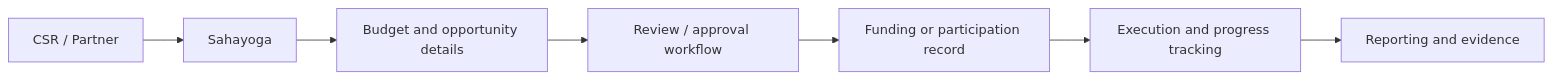
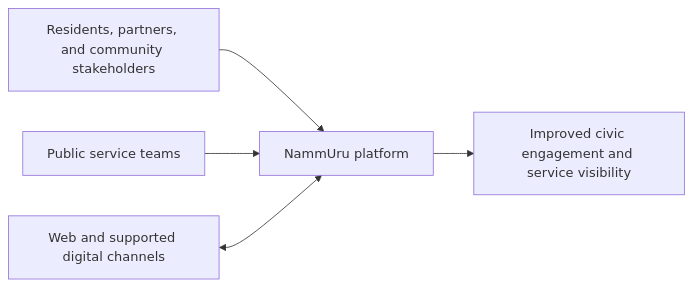
The diagram in nammuru_solution_architecture.md (nammuru2026-vishnu/Nammuru.org), drawn with Mermaid before and after one commit. The commit also changed other lines of this file, not shown here.

Commit message:
Update public architecture page to a sanitized Brief Solution Architecture

````diff
--- a/nammuru_solution_architecture.md
+++ b/nammuru_solution_architecture.md
@@ -154,9 +20,7 @@
-``` mermaid
+```mermaid
 flowchart LR
-    A[CSR / Partner] --> B[Sahayoga]
-    B --> C[Budget and opportunity details]
-    C --> D[Review / approval workflow]
-    D --> E[Funding or participation record]
-    E --> F[Execution and progress tracking]
-    F --> G[Reporting and evidence]
+    PEOPLE[Residents, partners, and community stakeholders] --> NAMMURU[NammUru platform]
+    TEAMS[Public service teams] --> NAMMURU
+    CHANNELS[Web and supported digital channels] <--> NAMMURU
+    NAMMURU --> OUTCOMES[Improved civic engagement and service visibility]
 ```
````
